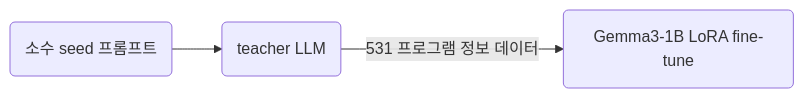
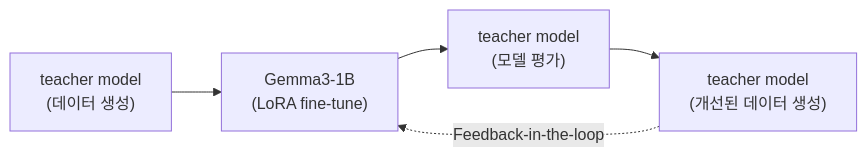
Before and after one commit to daehyun99/BurnFit-AI-developer-assignment: the first of 3 diagrams in docs/model_training.md, drawn with Mermaid. The commit also changed other lines of this file and 6 other files, not shown here.

````diff
--- a/docs/model_training.md
+++ b/docs/model_training.md
@@ -41,5 +14,7 @@
 ```mermaid
 graph LR
-  A(소수 seed 프롬프트) --> B(teacher LLM)
-  B --> |531 프로그램 정보 데이터| C(Gemma3-1B LoRA fine-tune)
+  A["teacher model<br>(데이터 생성)"] --> B["Gemma3-1B<br>(LoRA fine-tune)"]
+  B --> C["teacher model<br>(모델 평가)"]
+  C --> D["teacher model<br>(개선된 데이터 생성)"]
+  D -.-> |Feedback-in-the-loop| B
 ```
````
